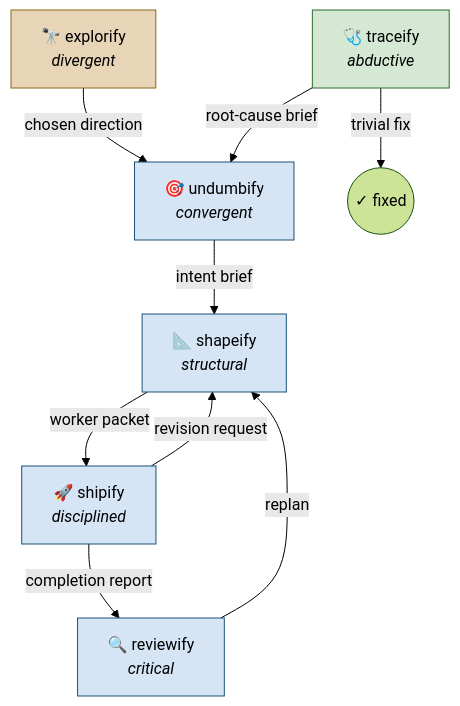
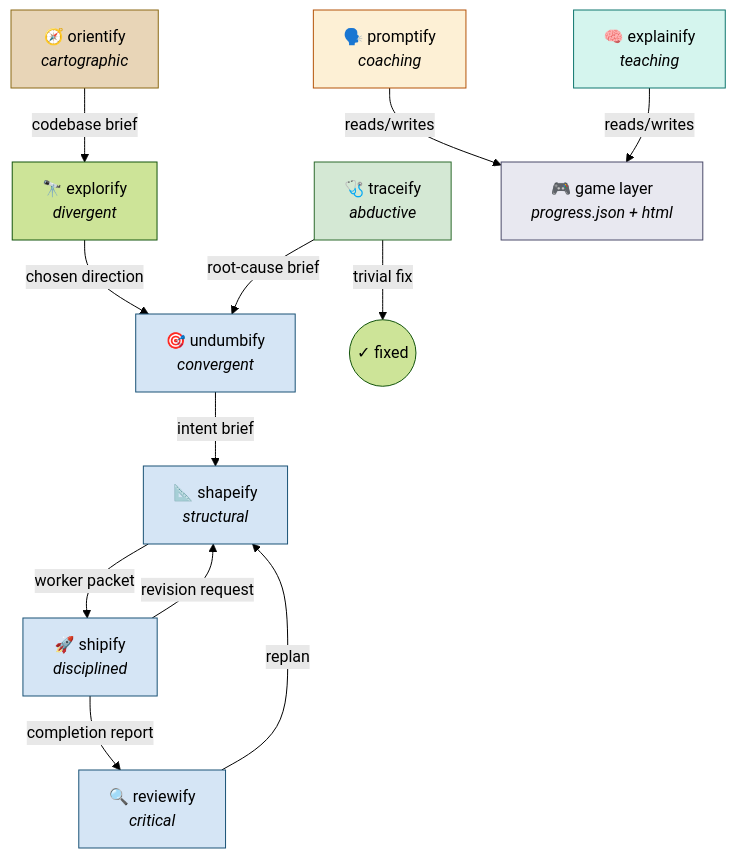
The diagram in README.md (trykA123/skillify-core), drawn with Mermaid (forest theme) before and after one commit. The commit also changed other lines of this file and 11 other files, not shown here.

Commit message:
feat: add orientify, promptify, explainify — cold start + teaching cluster with shared game layer

````diff
--- a/README.md
+++ b/README.md
@@ -68,27 +71,38 @@
 ```mermaid
 flowchart TD
+    orientify["🧭 orientify<br/><i>cartographic</i>"]
     explorify["🔭 explorify<br/><i>divergent</i>"]
     undumbify["🎯 undumbify<br/><i>convergent</i>"]
     shapeify["📐 shapeify<br/><i>structural</i>"]
     shipify["🚀 shipify<br/><i>disciplined</i>"]
     reviewify["🔍 reviewify<br/><i>critical</i>"]
     traceify["🩺 traceify<br/><i>abductive</i>"]
+    promptify["🗣️ promptify<br/><i>coaching</i>"]
+    explainify["🧠 explainify<br/><i>teaching</i>"]
+    game["🎮 game layer<br/><i>progress.json + html</i>"]
 
+    orientify -->|codebase brief| explorify
     explorify -->|chosen direction| undumbify
     undumbify -->|intent brief| shapeify
     shapeify -->|worker packet| shipify
     shipify -->|completion report| reviewify
 
     shipify -->|revision request| shapeify
     reviewify -->|replan| shapeify
 
     traceify -->|root-cause brief| undumbify
     traceify -->|trivial fix| traceify_done((✓ fixed))
 
-    style explorify fill:#e8d5b7,stroke:#8b6914
+    promptify -->|reads/writes| game
+    explainify -->|reads/writes| game
+
+    style orientify fill:#e8d5b7,stroke:#8b6914
     style traceify fill:#d4e8d4,stroke:#2d6b2d
     style undumbify fill:#d5e5f5,stroke:#1a5276
     style shapeify fill:#d5e5f5,stroke:#1a5276
     style shipify fill:#d5e5f5,stroke:#1a5276
     style reviewify fill:#d5e5f5,stroke:#1a5276
+    style promptify fill:#fdf0d5,stroke:#b45309
+    style explainify fill:#d5f5ee,stroke:#0f766e
+    style game fill:#e8e8f0,stroke:#4a4a6a
 ```
````
